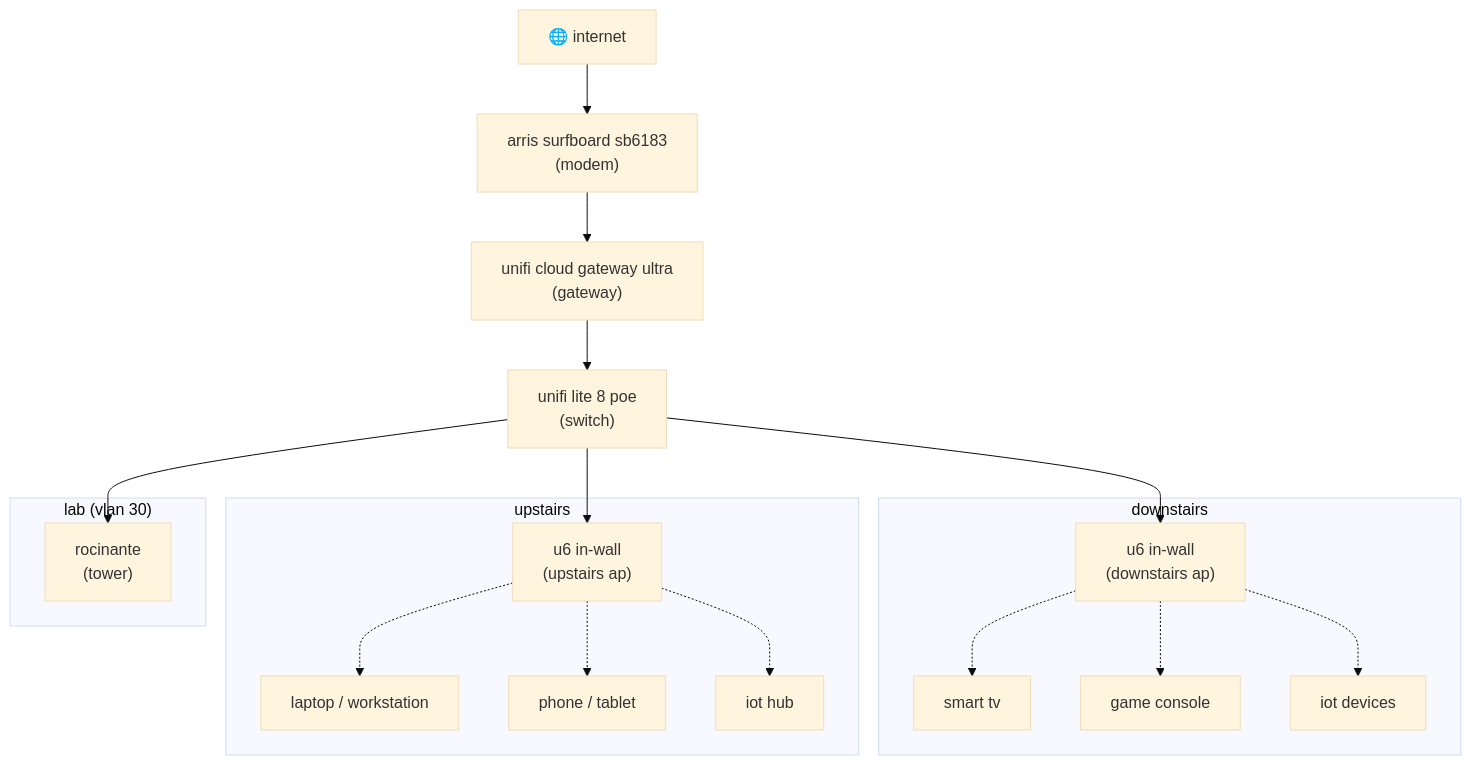
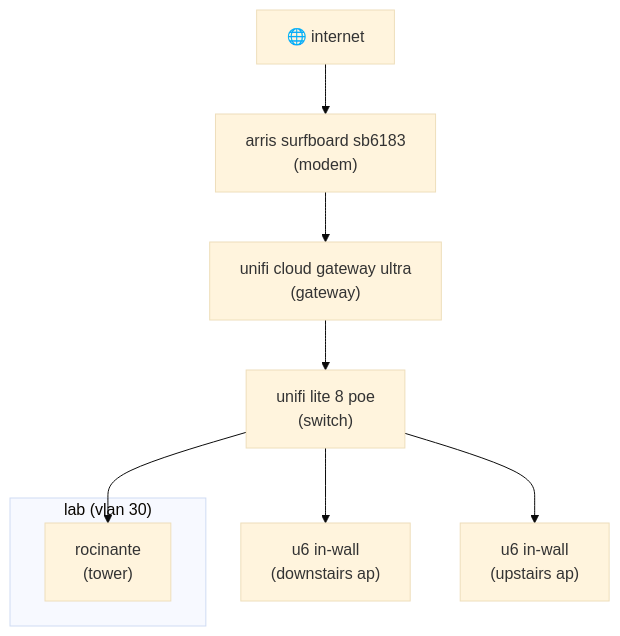
Before and after one commit to iamnande/homelab: the first of 2 diagrams in README.md, drawn with Mermaid (base theme). The commit also changed other lines of this file, not shown here.

````diff
--- a/README.md
+++ b/README.md
@@ -71,48 +71,25 @@
 ```mermaid
 graph TD
 
     %% --- Core network path ---
     internet["🌐 internet"]
     modem["arris surfboard sb6183<br/>(modem)"]
     gateway["unifi cloud gateway ultra<br/>(gateway)"]
     switch["unifi lite 8 poe<br/>(switch)"]
 
     internet --> modem --> gateway --> switch
 
-    %% --- downstairs ---
-    subgraph downstairs
-        ap_down["u6 in-wall<br/>(downstairs ap)"]
-        client_d1["smart tv"]
-        client_d2["game console"]
-        client_d3["iot devices"]
-    end
+    %% --- access points ---
+    ap_down["u6 in-wall<br/>(downstairs ap)"]
+    ap_up["u6 in-wall<br/>(upstairs ap)"]
 
     switch --> ap_down
-    ap_down -.-> client_d1
-    ap_down -.-> client_d2
-    ap_down -.-> client_d3
-
-    %% --- upstairs ---
-    subgraph upstairs
-        ap_up["u6 in-wall<br/>(upstairs ap)"]
-        client_u1["laptop / workstation"]
-        client_u2["phone / tablet"]
-        client_u3["iot hub"]
-    end
-
     switch --> ap_up
-    ap_up -.-> client_u1
-    ap_up -.-> client_u2
-    ap_up -.-> client_u3
 
     %% --- lab ---
     subgraph lab["lab (vlan 30)"]
         rocinante["rocinante<br/>(tower)"]
     end
 
     switch --> rocinante
-
-    %% --- Legend ---
-    classDef wired stroke-width:2px,stroke:#333;
-    classDef wireless stroke-dasharray:5 5,stroke:#999;
 ```
````
